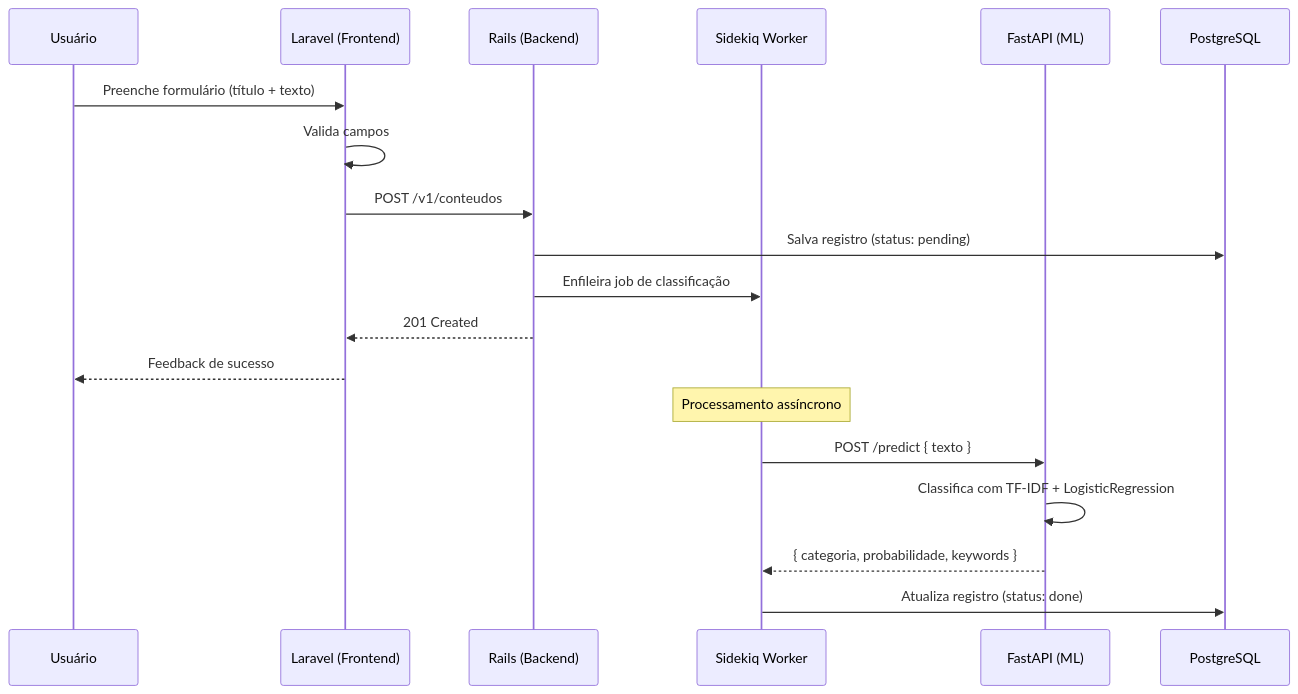
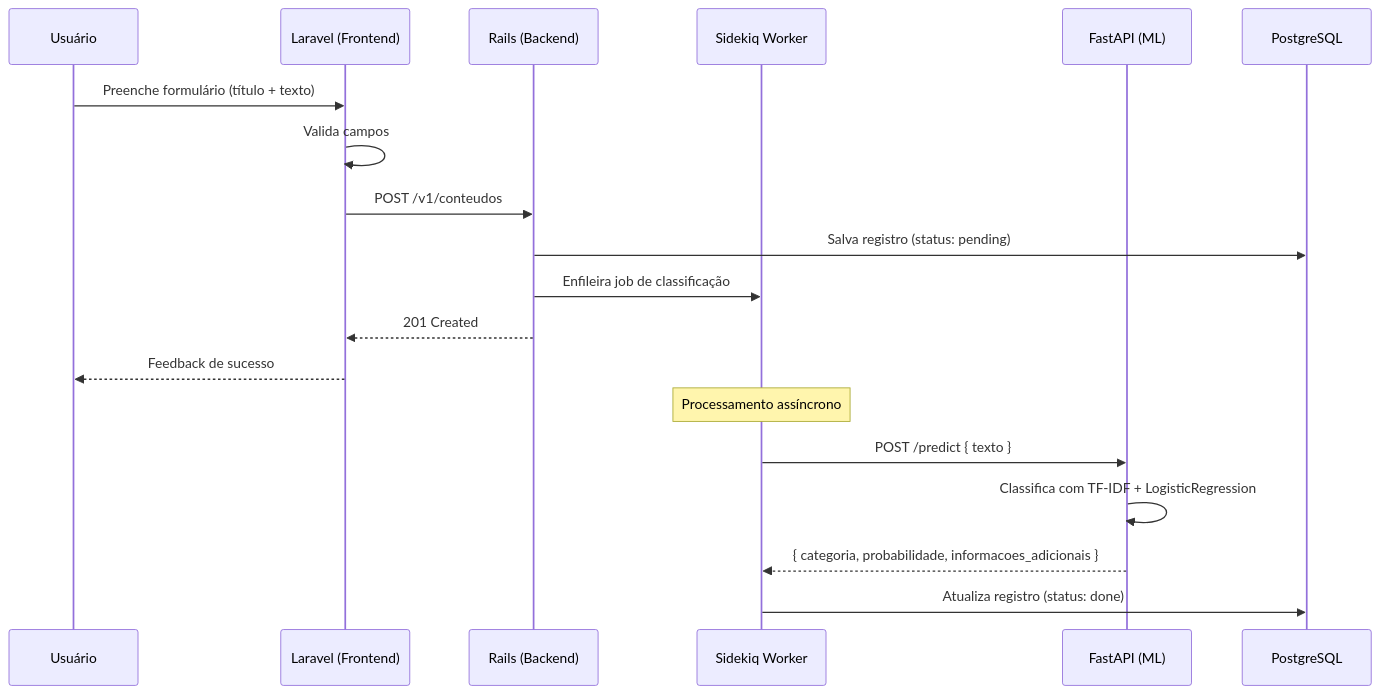
The first of 3 diagrams in docs/01-requisitos-funcionais.md (DessimA/tech-mind), drawn with Mermaid before and after one commit. The commit also changed 2 other files, not shown here.

Commit message:
fix(docs): standardize field name to informacoes_adicionais across all docs

````diff
--- a/docs/01-requisitos-funcionais.md
+++ b/docs/01-requisitos-funcionais.md
@@ -26,23 +26,23 @@
 ```mermaid
 sequenceDiagram
     participant User as Usuário
     participant Laravel as Laravel (Frontend)
     participant Rails as Rails (Backend)
     participant Sidekiq as Sidekiq Worker
     participant FastAPI as FastAPI (ML)
     participant DB as PostgreSQL
 
     User->>Laravel: Preenche formulário (título + texto)
     Laravel->>Laravel: Valida campos
     Laravel->>Rails: POST /v1/conteudos
     Rails->>DB: Salva registro (status: pending)
     Rails->>Sidekiq: Enfileira job de classificação
     Rails-->>Laravel: 201 Created
     Laravel-->>User: Feedback de sucesso
 
     Note over Sidekiq: Processamento assíncrono
     Sidekiq->>FastAPI: POST /predict { texto }
     FastAPI->>FastAPI: Classifica com TF-IDF + LogisticRegression
-    FastAPI-->>Sidekiq: { categoria, probabilidade, keywords }
+    FastAPI-->>Sidekiq: { categoria, probabilidade, informacoes_adicionais }
     Sidekiq->>DB: Atualiza registro (status: done)
 ```
````
